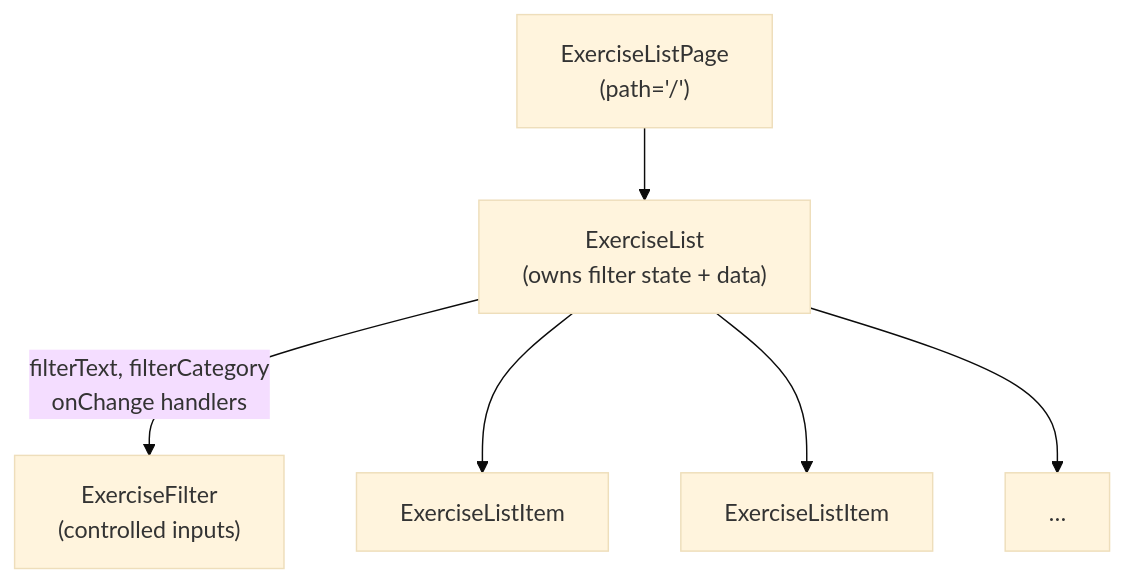
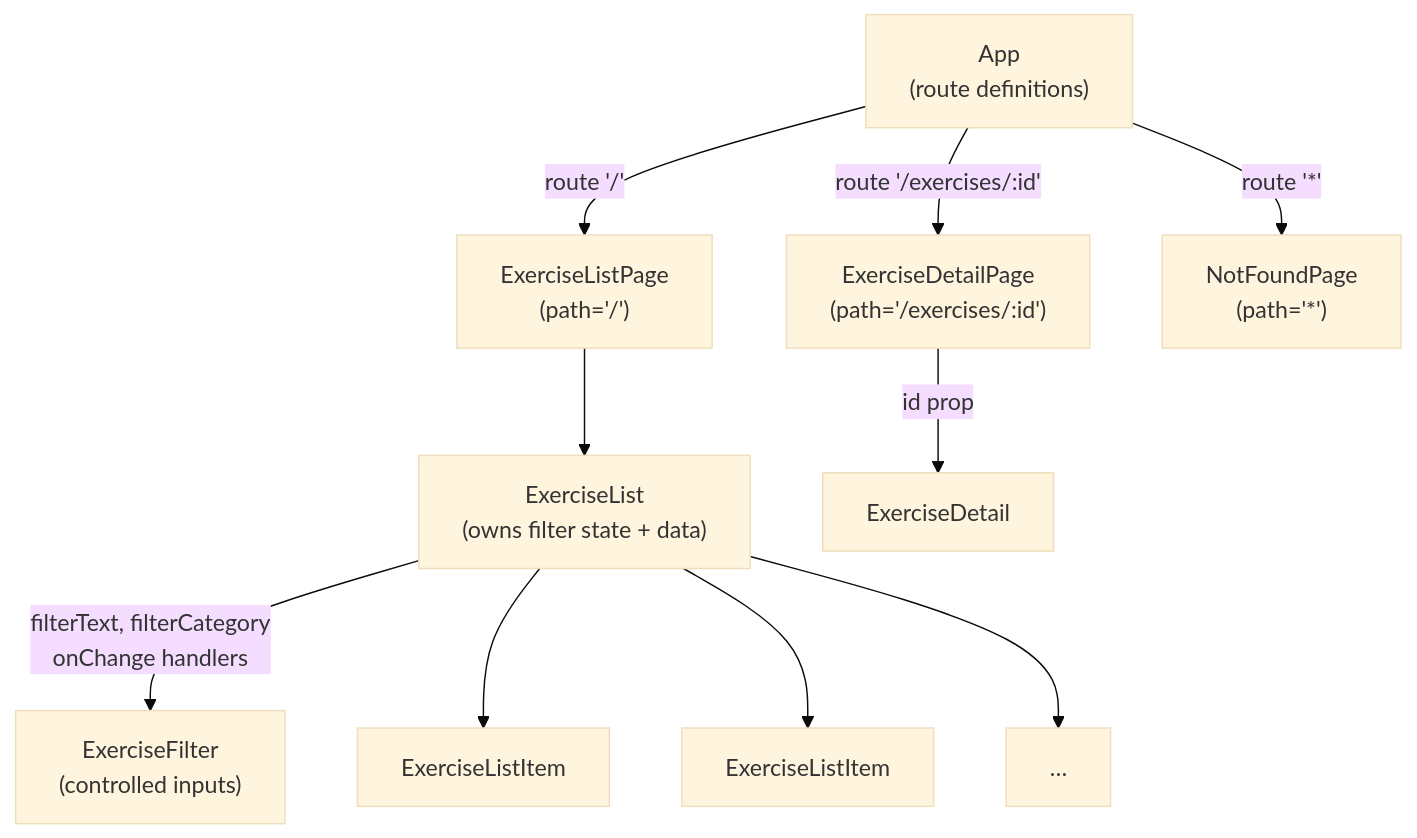
One commit to deanvons/tractus-react changed the diagram in README.md. Above: the diagram before and after it, drawn with Mermaid (base theme). The commit also changed other lines of this file, not shown here.

Commit message:
DOCS: add scope note and expand component tree diagram to full app

````diff
--- a/README.md
+++ b/README.md
@@ -188,15 +193,23 @@
 ```mermaid
 graph TD
+  App["App\n(route definitions)"]
   ListPage["ExerciseListPage\n(path='/')"]
   ExList["ExerciseList\n(owns filter state + data)"]
   ExFilter["ExerciseFilter\n(controlled inputs)"]
   ELI1["ExerciseListItem"]
   ELI2["ExerciseListItem"]
   ELIn["…"]
+  DetailPage["ExerciseDetailPage\n(path='/exercises/:id')"]
+  ExDetail["ExerciseDetail"]
+  NotFound["NotFoundPage\n(path='*')"]
 
+  App -->|"route '/'"| ListPage
+  App -->|"route '/exercises/:id'"| DetailPage
+  App -->|"route '*'"| NotFound
   ListPage --> ExList
   ExList -->|"filterText, filterCategory\nonChange handlers"| ExFilter
   ExList --> ELI1
   ExList --> ELI2
   ExList --> ELIn
+  DetailPage -->|"id prop"| ExDetail
 ```
````
